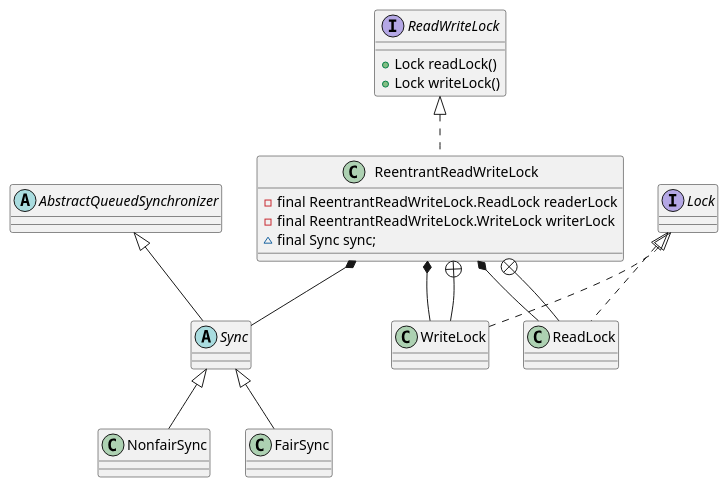
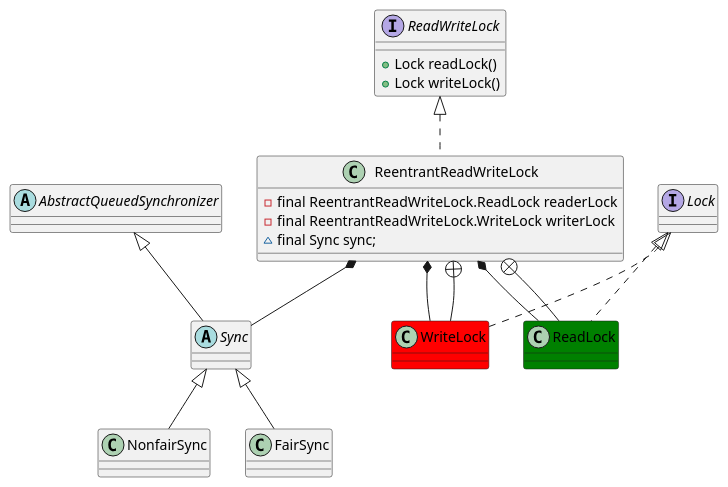
Before and after one commit to onlyonion/development: the diagram in 10-java/src/rt.jar.src/java/util/concurrent/locks/ReadWriteLock.md, drawn with PlantUML. The commit also changed 48 other files, not shown here.

````diff
--- a/10-java/src/rt.jar.src/java/util/concurrent/locks/ReadWriteLock.md
+++ b/10-java/src/rt.jar.src/java/util/concurrent/locks/ReadWriteLock.md
@@ -7,42 +7,42 @@
 ```plantuml
 @startuml
 
 '''''''''''''''''''''''''''''''' AQS ''''''''''''''''''''''''''''''''
 abstract class AbstractQueuedSynchronizer
 
 
 '''''''''''''''''''''''''''''''' Sync FairSync NonfairSync''''''''''''''''''''''''''''''''
 abstract class Sync
 class NonfairSync
 class FairSync
 AbstractQueuedSynchronizer <|-- Sync
 Sync <|-- NonfairSync
 Sync <|-- FairSync
 
 '''''''''''''''''''''''''''''''' ReadWriteLock ''''''''''''''''''''''''''''''''
 interface Lock 
 interface ReadWriteLock {
     + Lock readLock()
     + Lock writeLock()
 }
 
 class ReentrantReadWriteLock {
     - final ReentrantReadWriteLock.ReadLock readerLock
     - final ReentrantReadWriteLock.WriteLock writerLock
     ~ final Sync sync;
 }
-class ReadLock
-class WriteLock
+class ReadLock #green
+class WriteLock #red
 
 Lock <|.. ReadLock
 Lock <|.. WriteLock
 
 ReadWriteLock <|.. ReentrantReadWriteLock
 ReentrantReadWriteLock *-- ReadLock
 ReentrantReadWriteLock *-- WriteLock
 ReentrantReadWriteLock *-- Sync
 ReentrantReadWriteLock +-- ReadLock
 ReentrantReadWriteLock +-- WriteLock
 
 @enduml
 ```
````
